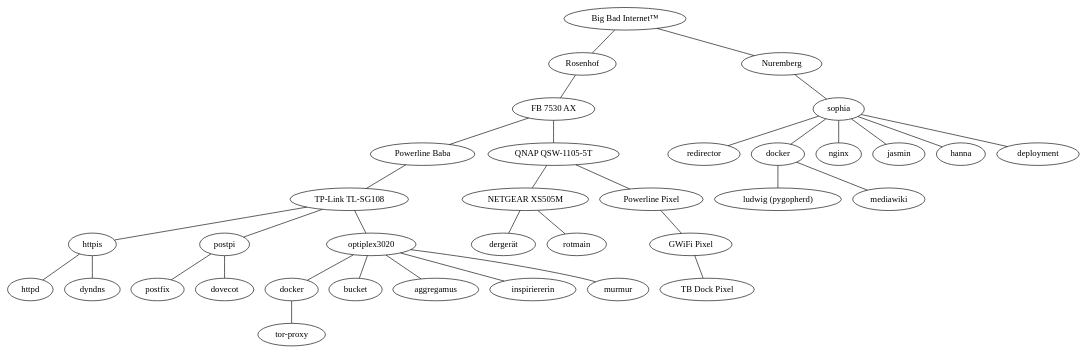
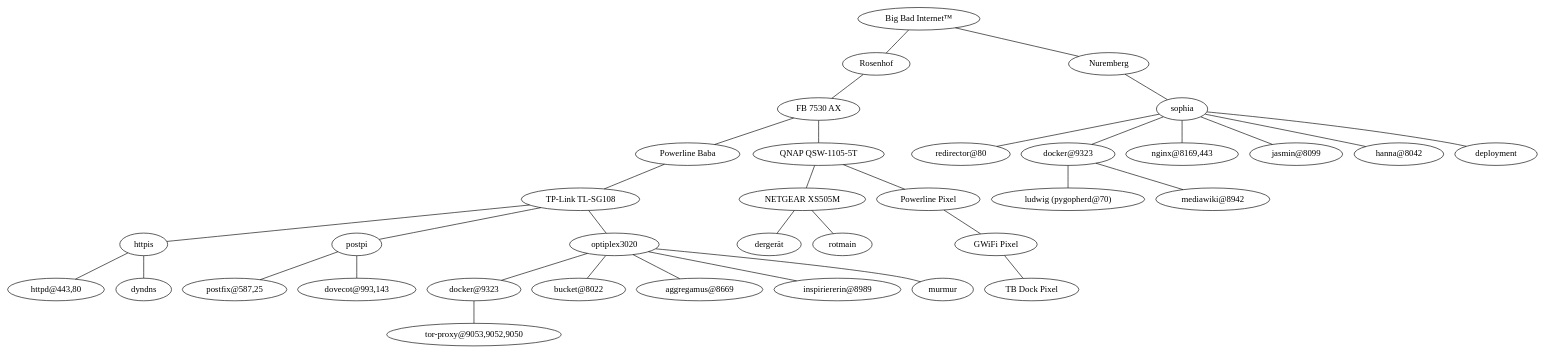
One commit to chrissxMedia/chrissx.de.conf.sh changed the diagram in infra.dot. Above: the diagram before and after it, drawn with Graphviz. The commit also changed 2 other files, not shown here.

Commit message:
add ports to infra graph

```diff
--- a/infra.dot
+++ b/infra.dot
@@ -1,45 +1,45 @@
 graph {
   "Big Bad Internet™" -- Rosenhof
 
   Rosenhof -- "FB 7530 AX"
   "FB 7530 AX" -- "Powerline Baba"
   "FB 7530 AX" -- "QNAP QSW-1105-5T"
   "QNAP QSW-1105-5T" -- "NETGEAR XS505M"
   "NETGEAR XS505M" -- dergerät
   "QNAP QSW-1105-5T" -- "Powerline Pixel"
   "Powerline Pixel" -- "GWiFi Pixel"
   "GWiFi Pixel" -- "TB Dock Pixel"
   "Powerline Baba" -- "TP-Link TL-SG108"
 
   "NETGEAR XS505M" -- rotmain
 
   "TP-Link TL-SG108" -- httpis
-  httpis -- httpd
+  httpis -- "httpd@443,80"
   httpis -- dyndns
 
   "TP-Link TL-SG108" -- postpi
-  postpi -- postfix
-  postpi -- dovecot
+  postpi -- "postfix@587,25"
+  postpi -- "dovecot@993,143"
 
   "TP-Link TL-SG108" -- optiplex3020
-  dockerop [label=docker]
+  dockerop [label="docker@9323"]
   optiplex3020 -- dockerop
-  dockerop -- "tor-proxy"
-  optiplex3020 -- bucket
-  optiplex3020 -- aggregamus
-  optiplex3020 -- inspiriererin
+  dockerop -- "tor-proxy@9053,9052,9050"
+  optiplex3020 -- "bucket@8022"
+  optiplex3020 -- "aggregamus@8669"
+  optiplex3020 -- "inspiriererin@8989"
   optiplex3020 -- murmur
 
   "Big Bad Internet™" -- Nuremberg
   Nuremberg -- sophia
-  redirectorkek [label=redirector]
-  dockersophia [label=docker]
-  sophia -- nginx
+  redirectorkek [label="redirector@80"]
+  dockersophia [label="docker@9323"]
+  sophia -- "nginx@8169,443"
   sophia -- dockersophia
-  dockersophia -- "ludwig (pygopherd)"
-  dockersophia -- mediawiki
+  dockersophia -- "ludwig (pygopherd@70)"
+  dockersophia -- "mediawiki@8942"
   sophia -- redirectorkek
-  sophia -- jasmin
-  sophia -- hanna
+  sophia -- "jasmin@8099"
+  sophia -- "hanna@8042"
   sophia -- deployment
 }
```
